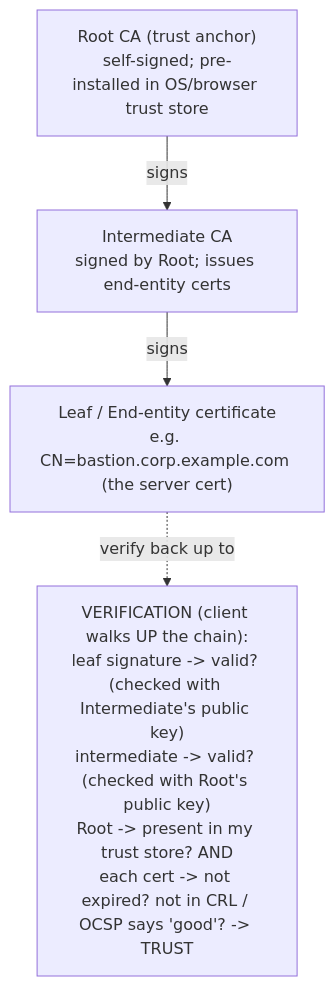
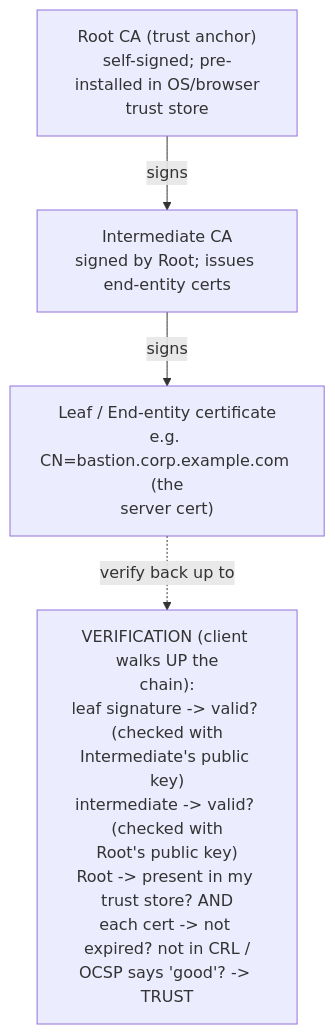
The third of 4 diagrams in prerequisites/cryptography-and-pki.md (morandeirachema/WallixCerts), drawn with Mermaid before and after one commit. The commit also changed other lines of this file and 37 other files, not shown here.

First line of the commit message:
Make Mermaid node boxes fit their text (wrap long labels) + enforce it

````diff
--- a/prerequisites/cryptography-and-pki.md
+++ b/prerequisites/cryptography-and-pki.md
@@ -146,11 +146,11 @@
 ```mermaid
 flowchart TD
-    Root["Root CA (trust anchor)<br/>self-signed; pre-installed in OS/browser trust store"]
+    Root["Root CA (trust anchor)<br/>self-signed; pre-installed in OS/browser<br/>trust store"]
     Inter["Intermediate CA<br/>signed by Root; issues end-entity certs"]
-    Leaf["Leaf / End-entity certificate<br/>e.g. CN=bastion.corp.example.com (the server cert)"]
+    Leaf["Leaf / End-entity certificate<br/>e.g. CN=bastion.corp.example.com (the<br/>server cert)"]
     Root -->|signs| Inter
     Inter -->|signs| Leaf
 
-    V["VERIFICATION (client walks UP the chain):<br/>leaf signature -> valid? (checked with Intermediate's public key)<br/>intermediate -> valid? (checked with Root's public key)<br/>Root -> present in my trust store? AND<br/>each cert -> not expired? not in CRL / OCSP says 'good'? -> TRUST"]
+    V["VERIFICATION (client walks UP the<br/>chain):<br/>leaf signature -> valid? (checked with<br/>Intermediate's public key)<br/>intermediate -> valid? (checked with<br/>Root's public key)<br/>Root -> present in my trust store? AND<br/>each cert -> not expired? not in CRL /<br/>OCSP says 'good'? -> TRUST"]
     Leaf -.->|verify back up to| V
 ```
````
